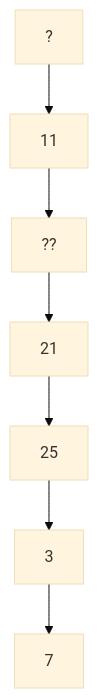
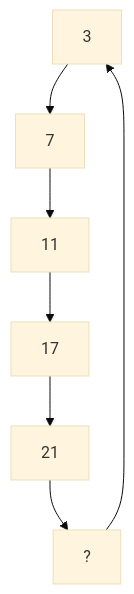
One commit to Amiyahvbest/Guessing.md changed the diagram in Guessing.md. Above: the diagram before and after it, drawn with Mermaid (base theme).

Commit message:
Guessing.md

````diff
--- a/Guessing.md
+++ b/Guessing.md
@@ -1,9 +1,9 @@
 ```mermaid
 flowchart TD;
 3-->7
-?-->11
-11-->??
-??-->21
-21-->25
-25-->3
+7-->11
+11-->17
+17-->21
+21-->?
+?-->3
 ```
````
